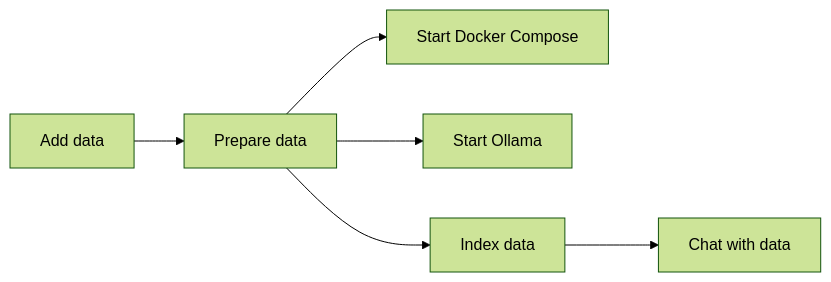
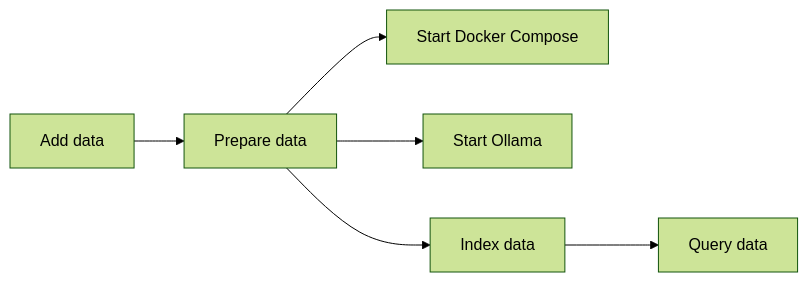
One commit to kingsdigitallab/iREAL changed the first of 3 diagrams in backend/README.md. Above: the diagram before and after it, drawn with Mermaid (forest theme). The commit also changed other lines of this file, not shown here.

Commit message:
docs(readme): update the indexing diagram to math the updated workflow

````diff
--- a/backend/README.md
+++ b/backend/README.md
@@ -60,8 +60,8 @@
 ```mermaid
 graph LR
     A[Add data] --> B[Prepare data]
     B --> C[Start Docker Compose]
     B --> D[Start Ollama]
     B --> E[Index data]
-    E --> F[Chat with data]
+    E --> F[Query data]
 ```
````
